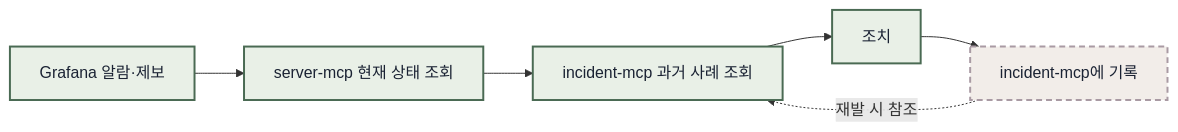
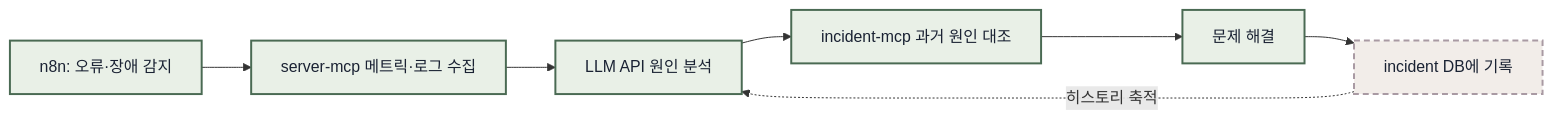
The diagram in assets/docs/ops-response-flow.mmd (leaf-nam/portfolio), drawn with Mermaid before and after one commit. The commit also changed 2 other files, not shown here.

```diff
--- a/assets/docs/ops-response-flow.mmd
+++ b/assets/docs/ops-response-flow.mmd
@@ -1,12 +1,13 @@
 flowchart LR
-    %% 장애 대응 흐름 (초안)
+    %% AI 장애 자동대응 흐름 (초안)
     %% 미리보기: https://mermaid.live 에 붙여넣기
-    AL["Grafana 알람·제보"] --> S["server-mcp 현재 상태 조회"]
-    S --> I["incident-mcp 과거 사례 조회"]
-    I --> A["조치"]
-    A --> R["incident-mcp에 기록"]
-    R -. "재발 시 참조" .-> I
+    TR["n8n: 오류·장애 감지"] --> C["server-mcp 메트릭·로그 수집"]
+    C --> L["LLM API 원인 분석"]
+    L --> I["incident-mcp 과거 원인 대조"]
+    I --> S["문제 해결"]
+    S --> R["incident DB에 기록"]
+    R -. "히스토리 축적" .-> L
     classDef step fill:#e9f0e7,stroke:#4a6a53,stroke-width:2px,color:#1a2233
     classDef rec fill:#f2ede9,stroke:#a99aa3,stroke-width:2px,stroke-dasharray:6 4,color:#1a2233
-    class AL,S,I,A step
+    class TR,C,L,I,S step
     class R rec
```
